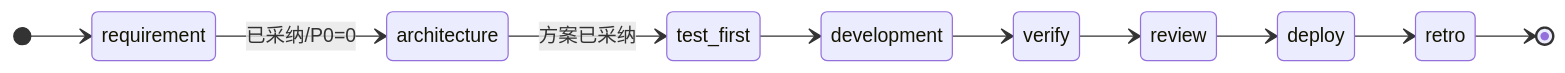
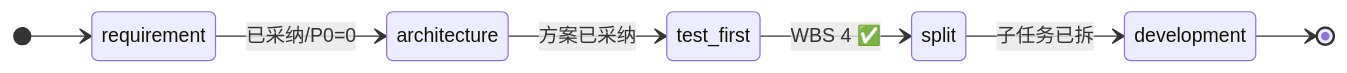
One commit to Wlx682/AI-Work-Kit changed the diagram in Contexts/决策/AI-Work-Kit工作流总览.md. Above: the diagram before and after it, drawn with Mermaid. The commit also changed other lines of this file and 49 other files, not shown here.

````diff
--- a/Contexts/决策/AI-Work-Kit工作流总览.md
+++ b/Contexts/决策/AI-Work-Kit工作流总览.md
@@ -70,13 +70,10 @@
 ```mermaid
 stateDiagram-v2
     direction LR
     [*] --> requirement
     requirement --> architecture: 已采纳/P0=0
     architecture --> test_first: 方案已采纳
-    test_first --> development
-    development --> verify
-    verify --> review
-    review --> deploy
-    deploy --> retro
-    retro --> [*]
+    test_first --> split: WBS 4 ✅
+    split --> development: 子任务已拆
+    development --> [*]
 ```
````
